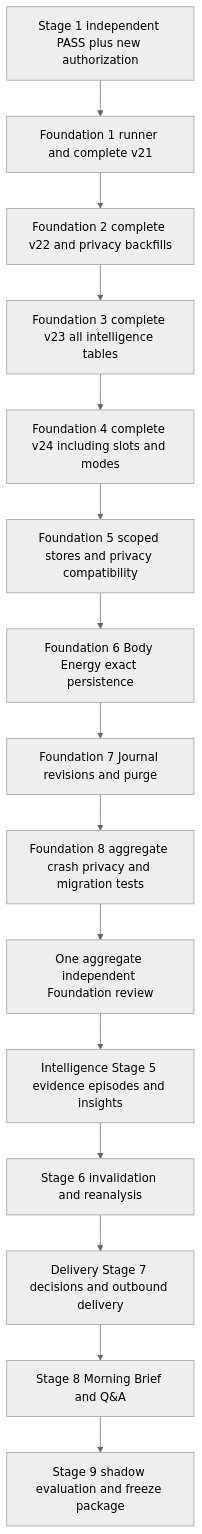
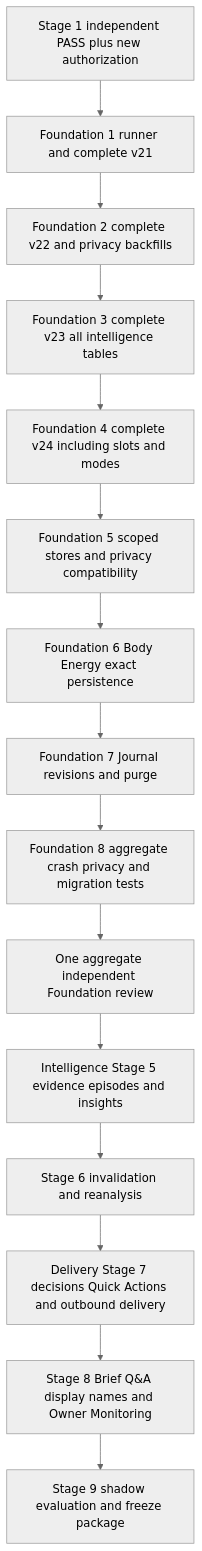
The sixth of 6 diagrams in docs/phase4-architecture.md (enjoyfulwen0204-eng/whoop-briefing), drawn with Mermaid (neutral theme) before and after one commit. The commit also changed other lines of this file and 1 other file, not shown here.

Commit message:
docs: align phase 4 locked product decisions

```diff
--- a/docs/phase4-architecture.md
+++ b/docs/phase4-architecture.md
@@ -3263,17 +3499,17 @@
 ~~~mermaid
 flowchart TD
     S1[Stage 1 independent PASS plus new authorization] --> F1[Foundation 1 runner and complete v21]
     F1 --> F2[Foundation 2 complete v22 and privacy backfills]
     F2 --> F3[Foundation 3 complete v23 all intelligence tables]
     F3 --> F4[Foundation 4 complete v24 including slots and modes]
     F4 --> F5[Foundation 5 scoped stores and privacy compatibility]
     F5 --> F6[Foundation 6 Body Energy exact persistence]
     F6 --> F7[Foundation 7 Journal revisions and purge]
     F7 --> F8[Foundation 8 aggregate crash privacy and migration tests]
     F8 --> FG[One aggregate independent Foundation review]
     FG --> S5[Intelligence Stage 5 evidence episodes and insights]
     S5 --> S6[Stage 6 invalidation and reanalysis]
-    S6 --> S7[Delivery Stage 7 decisions and outbound delivery]
-    S7 --> S8[Stage 8 Morning Brief and Q&A]
+    S6 --> S7[Delivery Stage 7 decisions Quick Actions and outbound delivery]
+    S7 --> S8[Stage 8 Brief Q&A display names and Owner Monitoring]
     S8 --> S9[Stage 9 shadow evaluation and freeze package]
 ~~~
```
